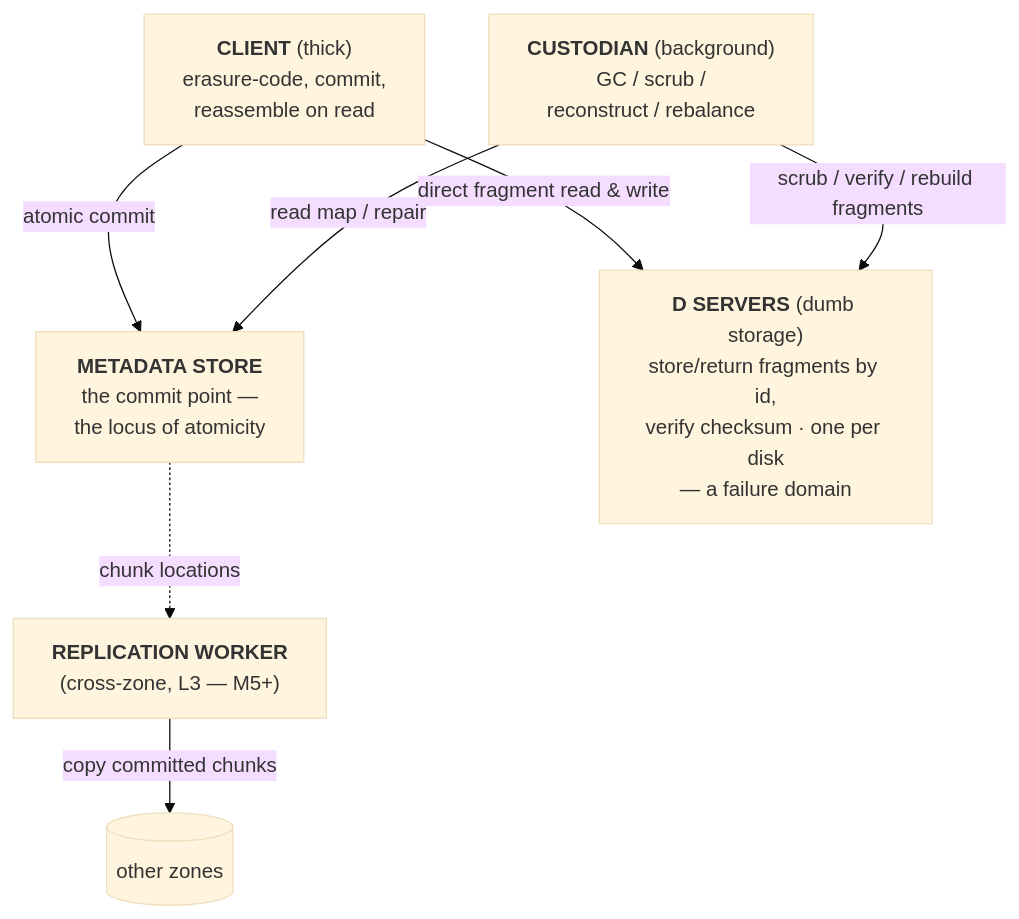
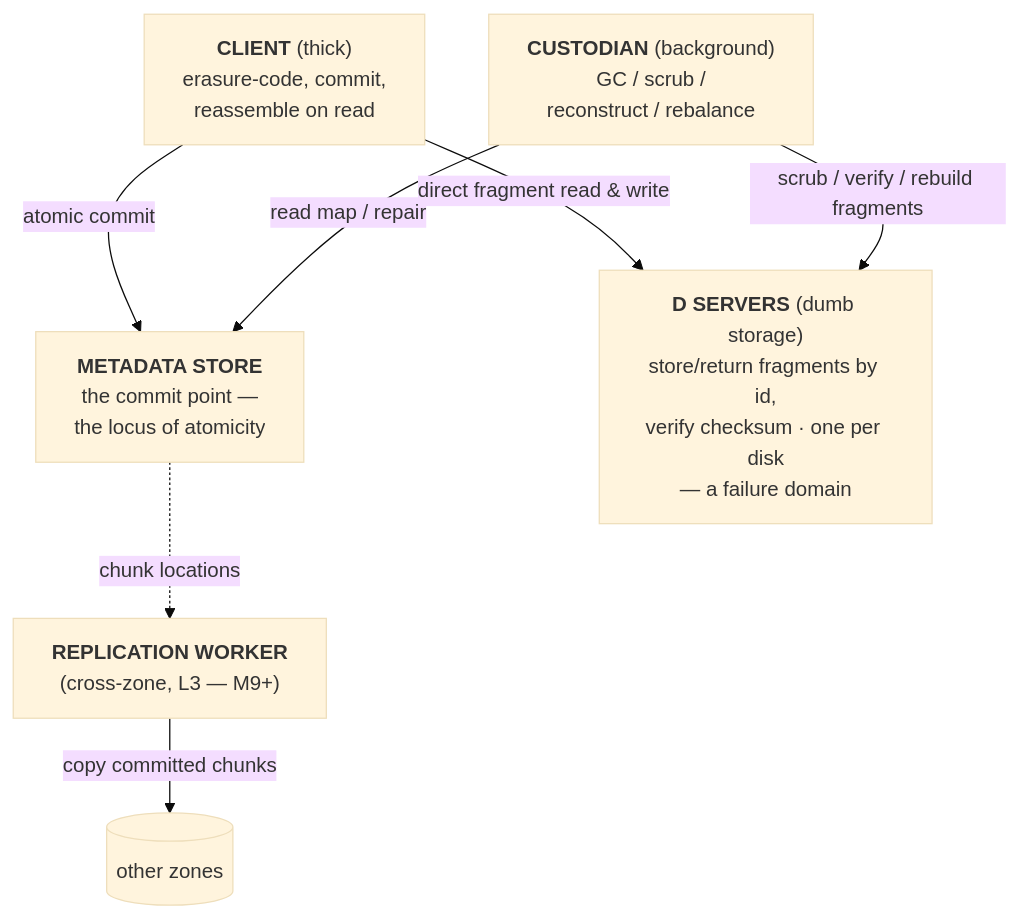
Before and after one commit to getwyrd/wyrd: the diagram in docs/design/architecture/05-building-block-view.md, drawn with Mermaid (base theme). The commit also changed other lines of this file and 6 other files, not shown here.

````diff
--- a/docs/design/architecture/05-building-block-view.md
+++ b/docs/design/architecture/05-building-block-view.md
@@ -46,16 +46,16 @@
 ```mermaid
 graph TB
     META["<b>METADATA STORE</b><br/>the commit point —<br/>the locus of atomicity"]
     CLIENT["<b>CLIENT</b> (thick)<br/>erasure-code, commit,<br/>reassemble on read"]
     CUST["<b>CUSTODIAN</b> (background)<br/>GC / scrub /<br/>reconstruct / rebalance"]
-    REPL["<b>REPLICATION WORKER</b><br/>(cross-zone, L3 — M5+)"]
+    REPL["<b>REPLICATION WORKER</b><br/>(cross-zone, L3 — M9+)"]
     DS["<b>D SERVERS</b> (dumb storage)<br/>store/return fragments by id,<br/>verify checksum · one per disk<br/>— a failure domain"]
     ZONES[("other zones")]
 
     CLIENT -->|"atomic commit"| META
     CUST -->|"read map / repair"| META
     CLIENT -->|"direct fragment read &amp; write"| DS
     CUST -->|"scrub / verify / rebuild fragments"| DS
     REPL -->|"copy committed chunks"| ZONES
     META -.->|"chunk locations"| REPL
 ```
````
